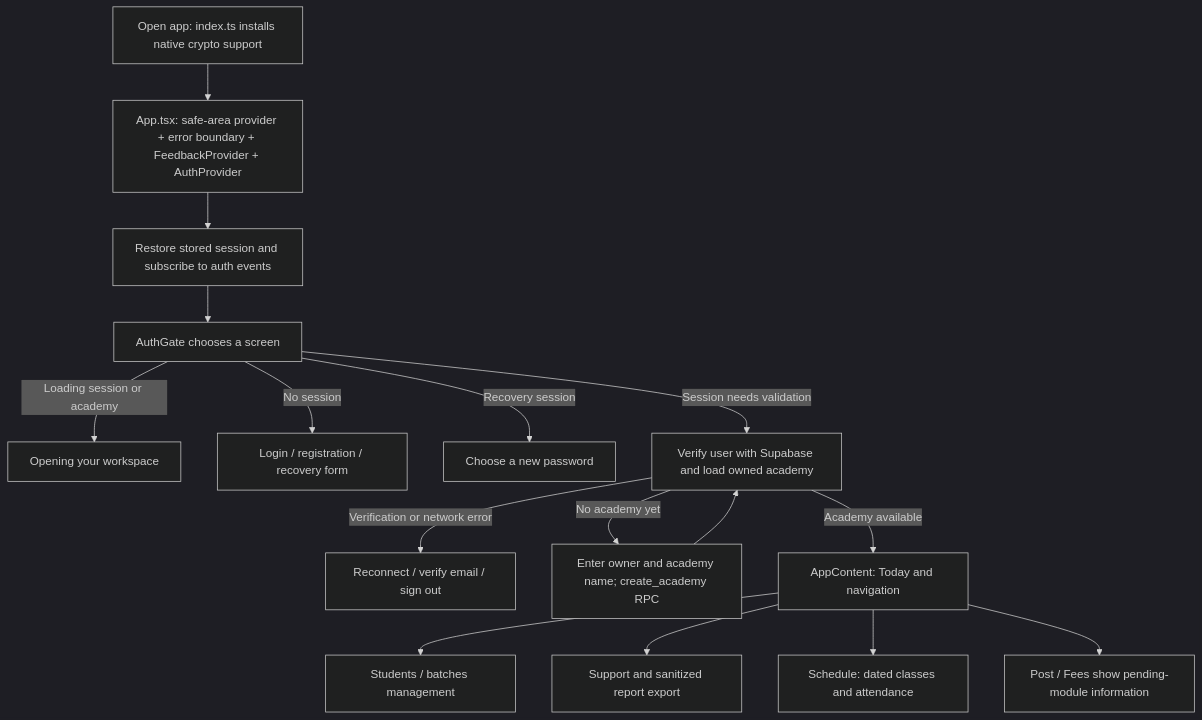
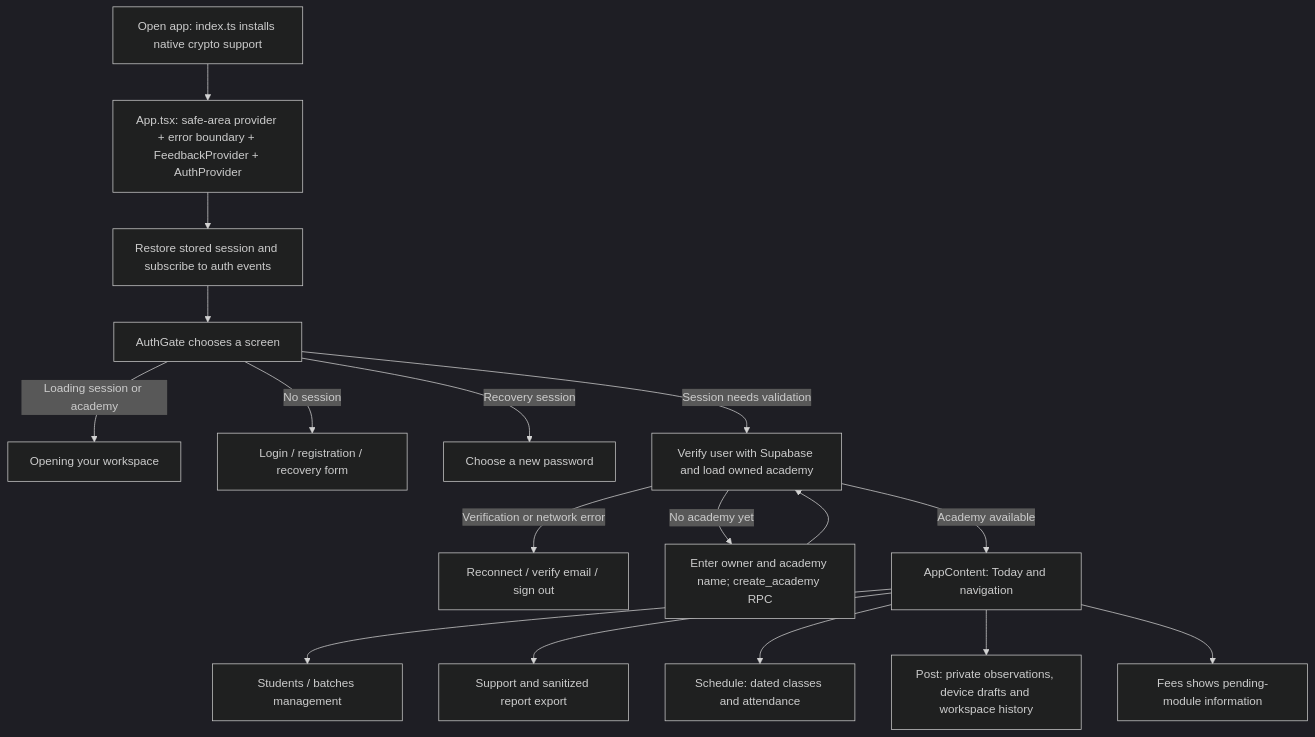
One commit to appsworld2027/Parent-plus- changed the second of 8 diagrams in docs/ARCHITECTURE.md. Above: the diagram before and after it, drawn with Mermaid (dark theme). The commit also changed other lines of this file and 6 other files, not shown here.

````diff
--- a/docs/ARCHITECTURE.md
+++ b/docs/ARCHITECTURE.md
@@ -50,18 +50,19 @@
 ```mermaid
 flowchart TD
     Start["Open app: index.ts installs native crypto support"] --> Root["App.tsx: safe-area provider + error boundary + FeedbackProvider + AuthProvider"]
     Root --> Session["Restore stored session and subscribe to auth events"]
     Session --> Gate["AuthGate chooses a screen"]
     Gate -->|"Loading session or academy"| Loading["Opening your workspace"]
     Gate -->|"No session"| Login["Login / registration / recovery form"]
     Gate -->|"Recovery session"| Password["Choose a new password"]
     Gate -->|"Session needs validation"| User["Verify user with Supabase and load owned academy"]
     User -->|"Verification or network error"| Retry["Reconnect / verify email / sign out"]
     User -->|"No academy yet"| Setup["Enter owner and academy name; create_academy RPC"]
     Setup --> User
     User -->|"Academy available"| Home["AppContent: Today and navigation"]
     Home --> Students["Students / batches management"]
     Home --> Support["Support and sanitized report export"]
     Home --> Classes["Schedule: dated classes and attendance"]
-    Home --> Later["Post / Fees show pending-module information"]
+    Home --> Notes["Post: private observations, device drafts and workspace history"]
+    Home --> Later["Fees shows pending-module information"]
 ```
````
